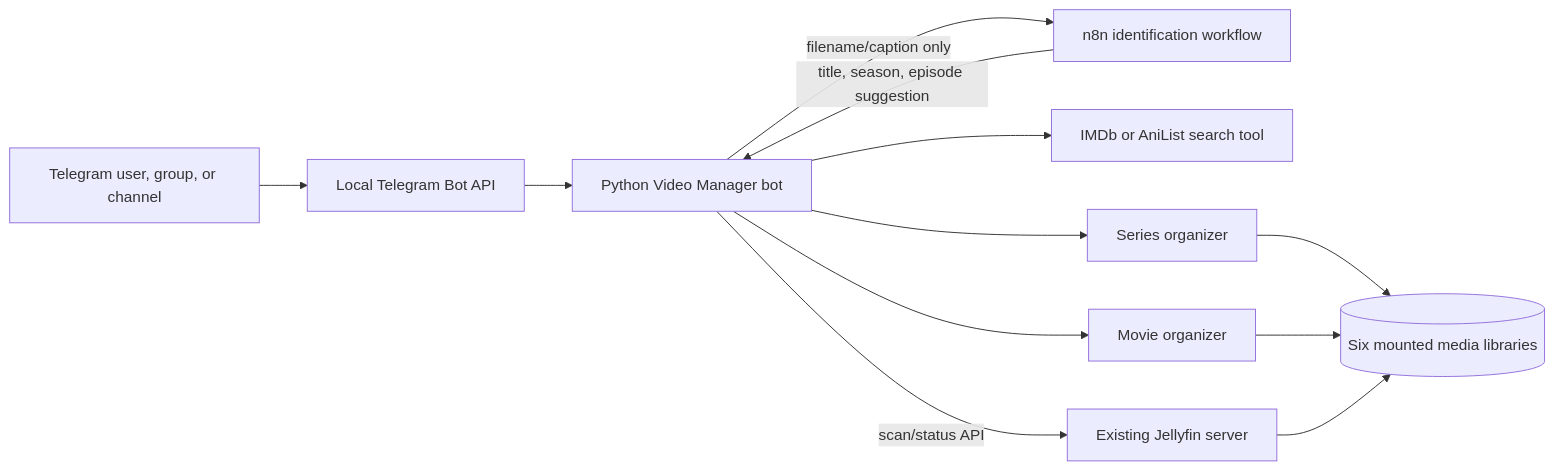
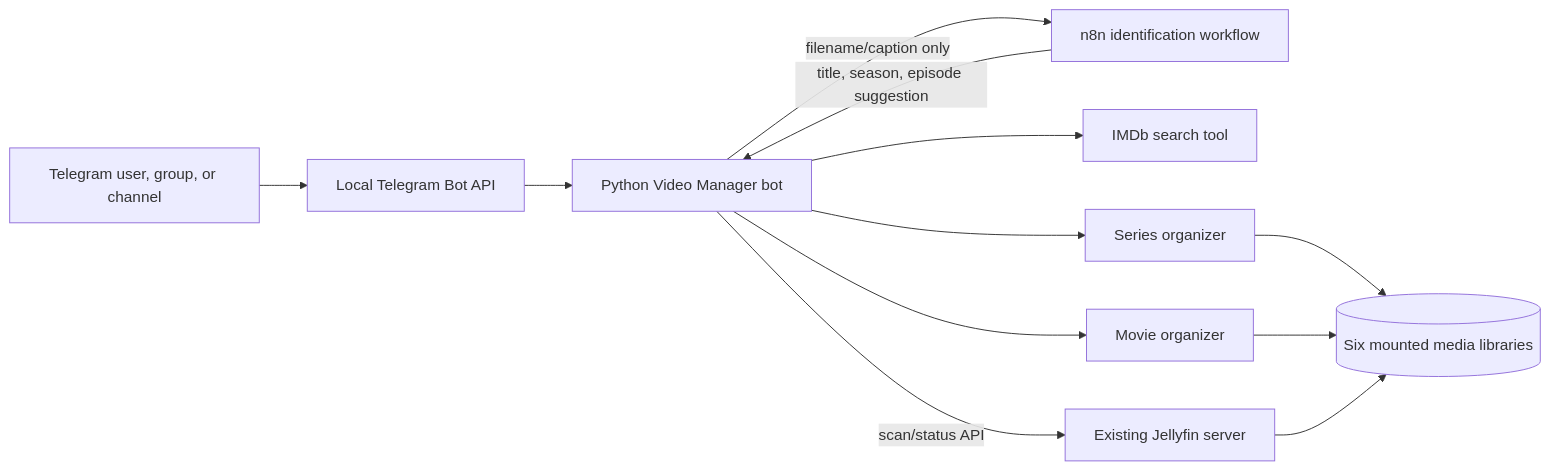
The diagram in README.md (shiny222/vedio_name_manager__bot-telegram), drawn with Mermaid before and after one commit. The commit also changed other lines of this file and 28 other files, not shown here.

Commit message:
Remove AniList and restore IMDb-only metadata flow

````diff
--- a/README.md
+++ b/README.md
@@ -63,14 +62,14 @@
 ```mermaid
 flowchart LR
     U[Telegram user, group, or channel] --> T[Local Telegram Bot API]
     T --> B[Python Video Manager bot]
     B -->|filename/caption only| N[n8n identification workflow]
     N -->|title, season, episode suggestion| B
-    B --> I[IMDb or AniList search tool]
+    B --> I[IMDb search tool]
     B --> S[Series organizer]
     B --> M[Movie organizer]
     S --> L[(Six mounted media libraries)]
     M --> L
     B -->|scan/status API| J[Existing Jellyfin server]
     J --> L
 ```
````
